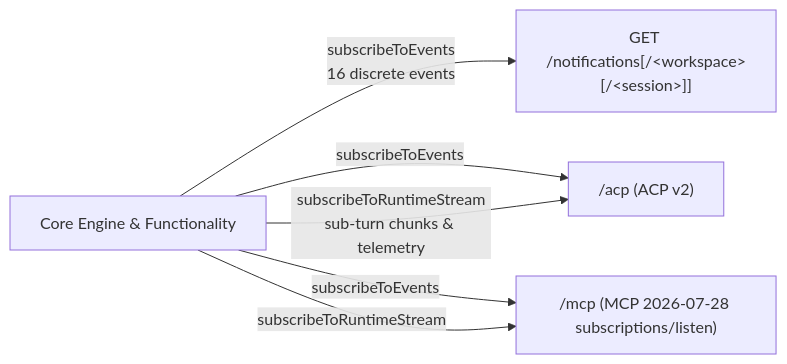
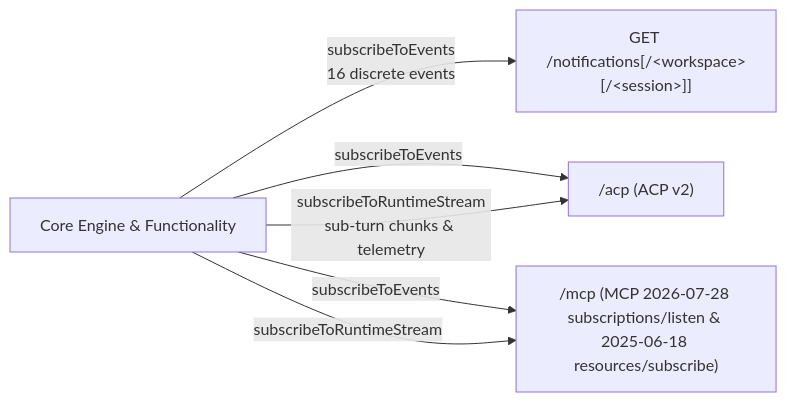
The diagram in plurnk-core/docs/notifications.md (plurnk/plurnk-service), drawn with Mermaid before and after one commit. The commit also changed other lines of this file and 104 other files, not shown here.

````diff
--- a/plurnk-core/docs/notifications.md
+++ b/plurnk-core/docs/notifications.md
@@ -5,8 +5,8 @@
 ```mermaid
 flowchart LR
     Core["Core Engine & Functionality"] -->|"subscribeToEvents<br/>16 discrete events"| SSE["GET /notifications[/&lt;workspace&gt;[/&lt;session&gt;]]"]
     Core -->|"subscribeToEvents"| ACP["/acp (ACP v2)"]
-    Core -->|"subscribeToEvents"| MCP["/mcp (MCP 2026-07-28 subscriptions/listen)"]
+    Core -->|"subscribeToEvents"| MCP["/mcp (MCP 2026-07-28 subscriptions/listen & 2025-06-18 resources/subscribe)"]
     Core -->|"subscribeToRuntimeStream<br/>sub-turn chunks & telemetry"| ACP
     Core -->|"subscribeToRuntimeStream"| MCP
 ```
````
